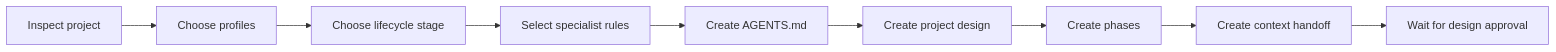
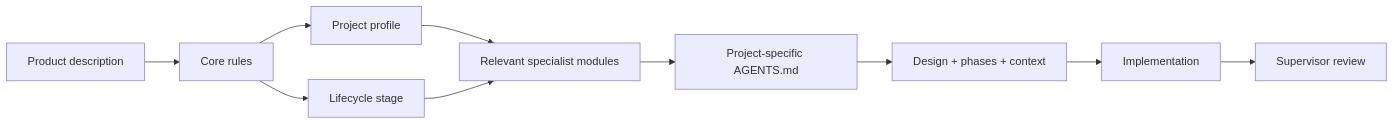
Before and after one commit to cloverhimself/engineering-handbook: the diagram in README.md, drawn with Mermaid. The commit also changed other lines of this file, not shown here.

````diff
--- a/README.md
+++ b/README.md
@@ -132,11 +32,12 @@
 ```mermaid
 flowchart LR
-    A[Inspect project] --> B[Choose profiles]
-    B --> C[Choose lifecycle stage]
-    C --> D[Select specialist rules]
-    D --> E[Create AGENTS.md]
-    E --> F[Create project design]
-    F --> G[Create phases]
-    G --> H[Create context handoff]
-    H --> I[Wait for design approval]
+    A[Product description] --> B[Core rules]
+    B --> C[Project profile]
+    B --> D[Lifecycle stage]
+    C --> E[Relevant specialist modules]
+    D --> E
+    E --> F[Project-specific AGENTS.md]
+    F --> G[Design + phases + context]
+    G --> H[Implementation]
+    H --> I[Supervisor review]
 ```
````
